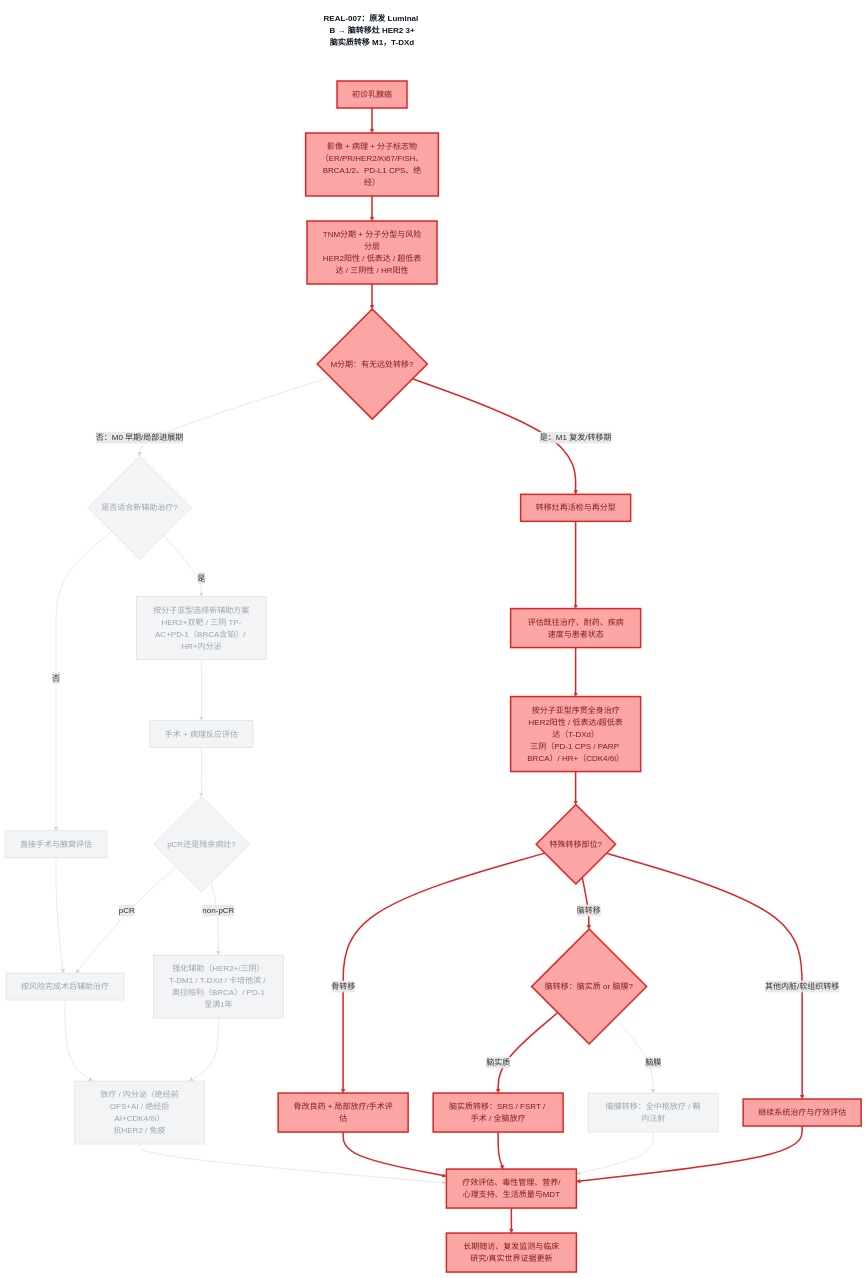
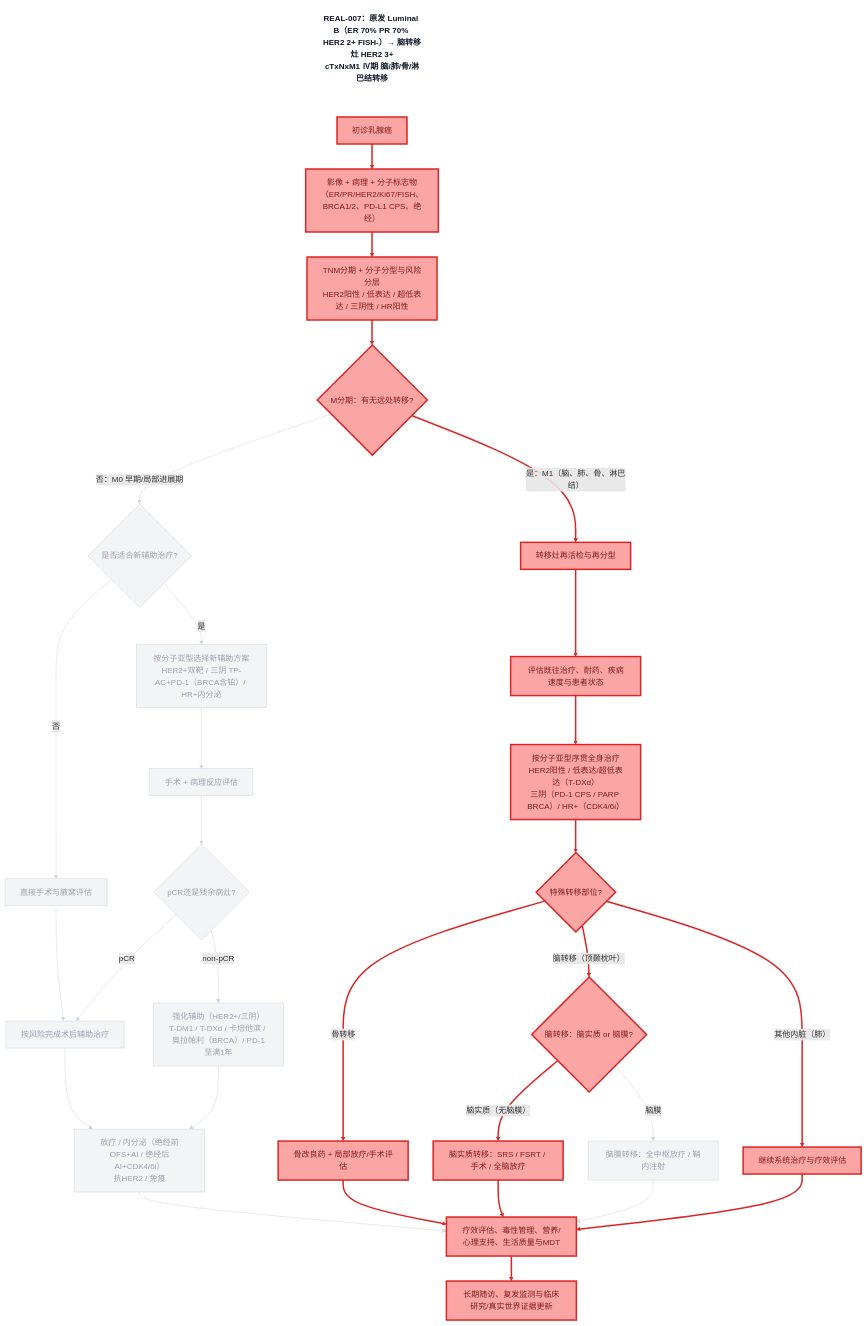
One commit to dongjb741280/breast-cancer changed the diagram in diagrams/decision-chain-REAL-007.mmd. Above: the diagram before and after it, drawn with Mermaid. The commit also changed 21 other files, not shown here.

First line of the commit message:
Show raw evidence on decision-chain diagrams

```diff
--- a/diagrams/decision-chain-REAL-007.mmd
+++ b/diagrams/decision-chain-REAL-007.mmd
@@ -1,109 +1,109 @@
 graph TD
-    TITLE["REAL-007：原发 Luminal B → 脑转移灶 HER2 3+<br/>脑实质转移 M1，T-DXd"]
+    TITLE["REAL-007：原发 Luminal B（ER 70% PR 70% HER2 2+ FISH-）→ 脑转移灶 HER2 3+<br/>cTxNxM1 Ⅳ期 脑/肺/骨/淋巴结转移"]
     A[初诊乳腺癌]
     B[影像 + 病理 + 分子标志物<br/>（ER/PR/HER2/Ki67/FISH、BRCA1/2、PD-L1 CPS、绝经）]
     C[TNM分期 + 分子分型与风险分层<br/>HER2阳性 / 低表达 / 超低表达 / 三阴性 / HR阳性]
     D{M分期：有无远处转移?}
     E{是否适合新辅助治疗?}
     F[按分子亚型选择新辅助方案<br/>HER2+双靶 / 三阴 TP-AC+PD-1（BRCA含铂）/ HR+内分泌]
     G[直接手术与腋窝评估]
     H[手术 + 病理反应评估]
     I{pCR还是残余病灶?}
     J[按风险完成术后辅助治疗]
     K[强化辅助（HER2+/三阴）<br/>T-DM1 / T-DXd / 卡培他滨 / 奥拉帕利（BRCA）/ PD-1至满1年]
     L[放疗 / 内分泌（绝经前OFS+AI / 绝经后AI+CDK4/6i）<br/>抗HER2 / 免疫]
     M[转移灶再活检与再分型]
     N[评估既往治疗、耐药、疾病速度与患者状态]
     O[按分子亚型序贯全身治疗<br/>HER2阳性 / 低表达/超低表达（T-DXd）<br/>三阴（PD-1 CPS / PARP BRCA）/ HR+（CDK4/6i）]
     P{特殊转移部位?}
     Q[骨改良药 + 局部放疗/手术评估]
     R{脑转移：脑实质 or 脑膜?}
     R1[脑实质转移：SRS / FSRT / 手术 / 全脑放疗]
     R2[脑膜转移：全中枢放疗 / 鞘内注射]
     S[继续系统治疗与疗效评估]
     T[疗效评估、毒性管理、营养/心理支持、生活质量与MDT]
     U[长期随访、复发监测与临床研究/真实世界证据更新]
     A --> B
     B --> C
     C --> D
     D -->|否：M0 早期/局部进展期| E
     E -->|是| F
     E -->|否| G
     F --> H
     G --> J
     H --> I
     I -->|pCR| J
     I -->|non-pCR| K
     J --> L
     K --> L
-    D -->|是：M1 复发/转移期| M
+    D -->|是：M1（脑、肺、骨、淋巴结）| M
     M --> N
     N --> O
     O --> P
     P -->|骨转移| Q
-    P -->|脑转移| R
-    P -->|其他内脏/软组织转移| S
-    R -->|脑实质| R1
+    P -->|脑转移（顶颞枕叶）| R
+    P -->|其他内脏（肺）| S
+    R -->|脑实质（无脑膜）| R1
     R -->|脑膜| R2
     L --> T
     Q --> T
     R1 --> T
     R2 --> T
     S --> T
     T --> U
     TITLE ~~~ A
     classDef path fill:#fca5a5,stroke:#dc2626,color:#7f1d1d,stroke-width:3px;
     classDef dim fill:#f3f4f6,stroke:#d1d5db,color:#9ca3af,stroke-width:1px;
     classDef caption fill:#fff,stroke:none,color:#111827,font-weight:bold;
     class TITLE caption;
     class A path;
     class B path;
     class C path;
     class D path;
     class E dim;
     class F dim;
     class G dim;
     class H dim;
     class I dim;
     class J dim;
     class K dim;
     class L dim;
     class M path;
     class N path;
     class O path;
     class P path;
     class Q path;
     class R path;
     class R1 path;
     class R2 dim;
     class S path;
     class T path;
     class U path;
     linkStyle 0 stroke:#dc2626,stroke-width:3px;
     linkStyle 1 stroke:#dc2626,stroke-width:3px;
     linkStyle 2 stroke:#dc2626,stroke-width:3px;
     linkStyle 3 stroke:#d1d5db,stroke-width:1px;
     linkStyle 4 stroke:#d1d5db,stroke-width:1px;
     linkStyle 5 stroke:#d1d5db,stroke-width:1px;
     linkStyle 6 stroke:#d1d5db,stroke-width:1px;
     linkStyle 7 stroke:#d1d5db,stroke-width:1px;
     linkStyle 8 stroke:#d1d5db,stroke-width:1px;
     linkStyle 9 stroke:#d1d5db,stroke-width:1px;
     linkStyle 10 stroke:#d1d5db,stroke-width:1px;
     linkStyle 11 stroke:#d1d5db,stroke-width:1px;
     linkStyle 12 stroke:#d1d5db,stroke-width:1px;
     linkStyle 13 stroke:#dc2626,stroke-width:3px;
     linkStyle 14 stroke:#dc2626,stroke-width:3px;
     linkStyle 15 stroke:#dc2626,stroke-width:3px;
     linkStyle 16 stroke:#dc2626,stroke-width:3px;
     linkStyle 17 stroke:#dc2626,stroke-width:3px;
     linkStyle 18 stroke:#dc2626,stroke-width:3px;
     linkStyle 19 stroke:#dc2626,stroke-width:3px;
     linkStyle 20 stroke:#dc2626,stroke-width:3px;
     linkStyle 21 stroke:#d1d5db,stroke-width:1px;
     linkStyle 22 stroke:#d1d5db,stroke-width:1px;
     linkStyle 23 stroke:#dc2626,stroke-width:3px;
     linkStyle 24 stroke:#dc2626,stroke-width:3px;
     linkStyle 25 stroke:#d1d5db,stroke-width:1px;
     linkStyle 26 stroke:#dc2626,stroke-width:3px;
     linkStyle 27 stroke:#dc2626,stroke-width:3px;
```
